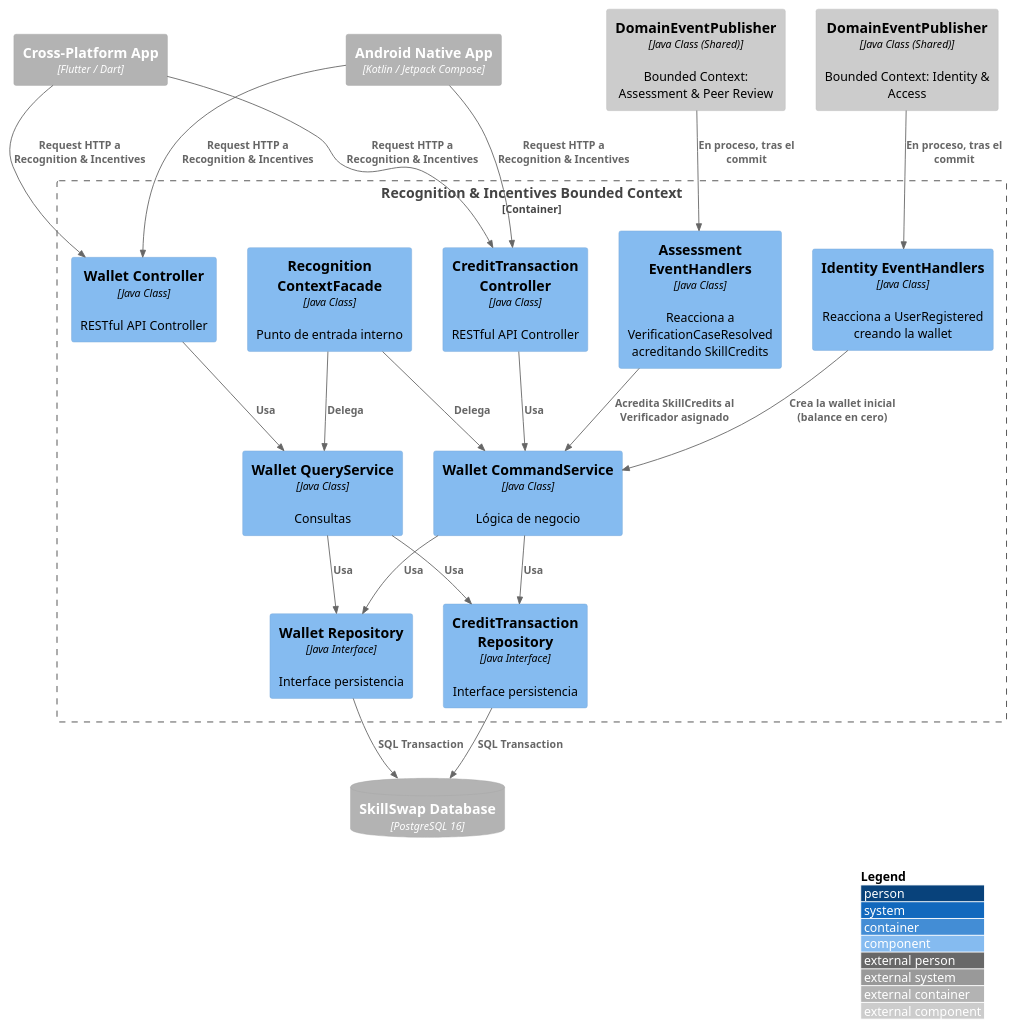
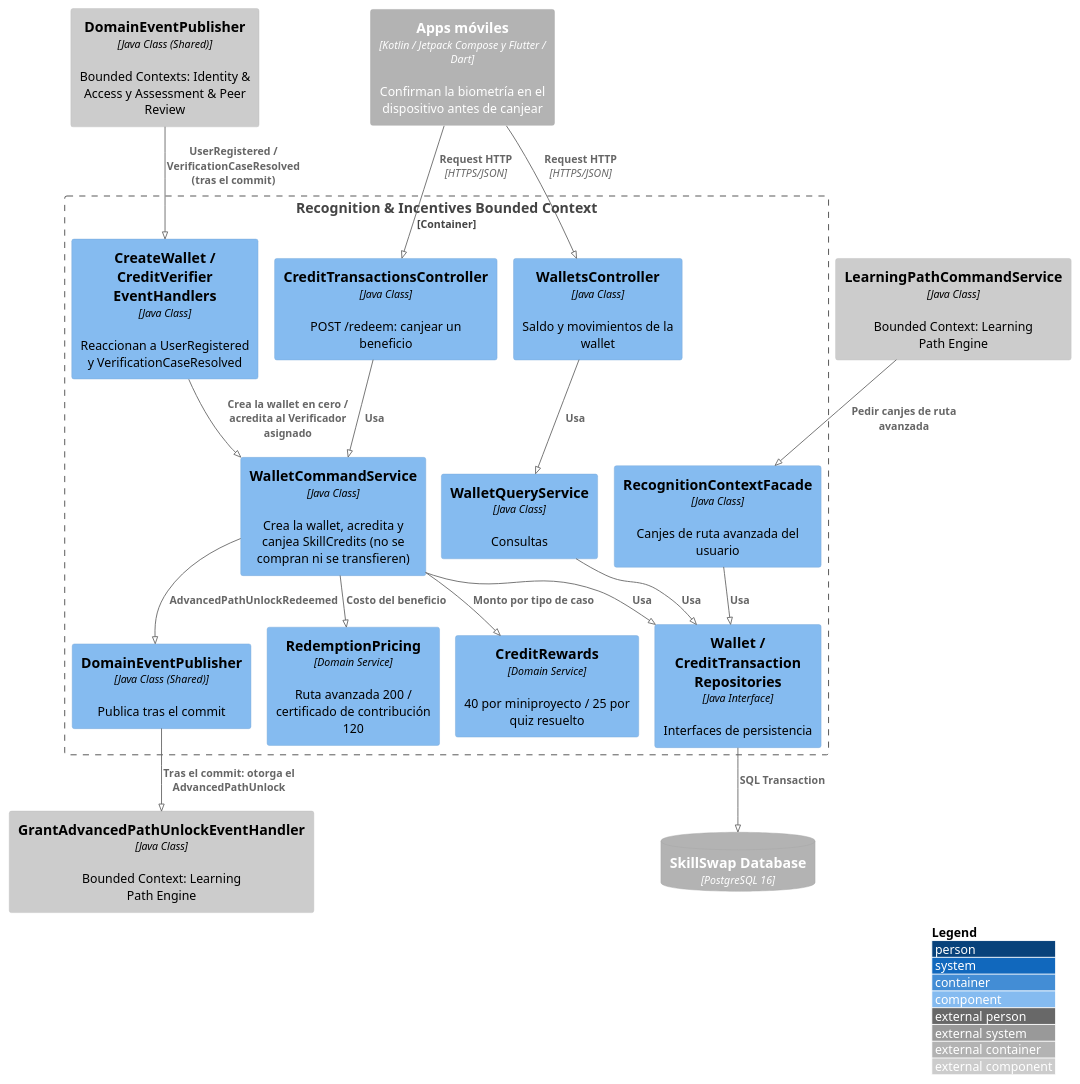
The diagram in DB&C4/Component Diagram — Payments & Wallet.puml (Aplicaciones-Dispositivos-Moviles/SkillSwap-ProjectReport), drawn with PlantUML before and after one commit. The commit also changed 25 other files, not shown here.

First line of the commit message:
docs(images): regenerate C4, context map and component diagrams

```diff
--- a/DB&C4/Component Diagram — Payments & Wallet.puml
+++ b/DB&C4/Component Diagram — Payments & Wallet.puml
@@ -1,49 +1,46 @@
 @startuml RecognitionIncentivesComponent
+!pragma layout smetana
 !include https://raw.githubusercontent.com/plantuml-stdlib/C4-PlantUML/master/C4_Component.puml
 
 LAYOUT_WITH_LEGEND()
 
-Container_Ext(androidApp, "Android Native App", "Kotlin / Jetpack Compose")
-Container_Ext(flutterApp, "Cross-Platform App", "Flutter / Dart")
+Container_Ext(mobileApps, "Apps móviles", "Kotlin / Jetpack Compose y Flutter / Dart", "Confirman la biometría en el dispositivo antes de canjear")
 ContainerDb_Ext(mainDB, "SkillSwap Database", "PostgreSQL 16")
 
 Container_Boundary(recognitionBC, "Recognition & Incentives Bounded Context") {
-    Component(walletController, "Wallet Controller", "Java Class", "RESTful API Controller")
-    Component(creditTransactionController, "CreditTransaction Controller", "Java Class", "RESTful API Controller")
-    Component(walletCommandService, "Wallet CommandService", "Java Class", "Lógica de negocio")
-    Component(walletQueryService, "Wallet QueryService", "Java Class", "Consultas")
-    Component(identityEventHandlers, "Identity EventHandlers", "Java Class", "Reacciona a UserRegistered creando la wallet")
-    Component(assessmentEventHandlers, "Assessment EventHandlers", "Java Class", "Reacciona a VerificationCaseResolved acreditando SkillCredits")
-    Component(walletRepository, "Wallet Repository", "Java Interface", "Interface persistencia")
-    Component(creditTransactionRepository, "CreditTransaction Repository", "Java Interface", "Interface persistencia")
-    Component(recognitionContextFacade, "Recognition ContextFacade", "Java Class", "Punto de entrada interno")
+    Component(walletsController, "WalletsController", "Java Class", "Saldo y movimientos de la wallet")
+    Component(creditTransactionsController, "CreditTransactionsController", "Java Class", "POST /redeem: canjear un beneficio")
+    Component(walletCommandService, "WalletCommandService", "Java Class", "Crea la wallet, acredita y canjea SkillCredits (no se compran ni se transfieren)")
+    Component(walletQueryService, "WalletQueryService", "Java Class", "Consultas")
+    Component(creditRewards, "CreditRewards", "Domain Service", "40 por miniproyecto / 25 por quiz resuelto")
+    Component(redemptionPricing, "RedemptionPricing", "Domain Service", "Ruta avanzada 200 / certificado de contribución 120")
+    Component(eventHandlers, "CreateWallet / CreditVerifier EventHandlers", "Java Class", "Reaccionan a UserRegistered y VerificationCaseResolved")
+    Component(repositories, "Wallet / CreditTransaction Repositories", "Java Interface", "Interfaces de persistencia")
+    Component(eventPublisher, "DomainEventPublisher", "Java Class (Shared)", "Publica tras el commit")
+    Component(recognitionFacade, "RecognitionContextFacade", "Java Class", "Canjes de ruta avanzada del usuario")
 }
 
-Component_Ext(identityDomainEventPublisher, "DomainEventPublisher", "Java Class (Shared)", "Bounded Context: Identity & Access")
-Component_Ext(assessmentDomainEventPublisher, "DomainEventPublisher", "Java Class (Shared)", "Bounded Context: Assessment & Peer Review")
+Component_Ext(otherPublishers, "DomainEventPublisher", "Java Class (Shared)", "Bounded Contexts: Identity & Access y Assessment & Peer Review")
+Component_Ext(grantUnlockHandler, "GrantAdvancedPathUnlockEventHandler", "Java Class", "Bounded Context: Learning Path Engine")
+Component_Ext(learningPathCommandService, "LearningPathCommandService", "Java Class", "Bounded Context: Learning Path Engine")
 
-Rel(androidApp, walletController, "Request HTTP a Recognition & Incentives")
-Rel(flutterApp, walletController, "Request HTTP a Recognition & Incentives")
-Rel(androidApp, creditTransactionController, "Request HTTP a Recognition & Incentives")
-Rel(flutterApp, creditTransactionController, "Request HTTP a Recognition & Incentives")
+Rel(mobileApps, walletsController, "Request HTTP", "HTTPS/JSON")
+Rel(mobileApps, creditTransactionsController, "Request HTTP", "HTTPS/JSON")
+Rel(walletsController, walletQueryService, "Usa")
+Rel(creditTransactionsController, walletCommandService, "Usa")
 
-Rel(walletController, walletQueryService, "Usa")
-Rel(creditTransactionController, walletCommandService, "Usa")
+Rel(otherPublishers, eventHandlers, "UserRegistered / VerificationCaseResolved (tras el commit)")
+Rel(eventHandlers, walletCommandService, "Crea la wallet en cero / acredita al Verificador asignado")
+Rel(walletCommandService, creditRewards, "Monto por tipo de caso")
+Rel(walletCommandService, redemptionPricing, "Costo del beneficio")
+Rel(walletCommandService, repositories, "Usa")
+Rel(walletQueryService, repositories, "Usa")
+Rel(repositories, mainDB, "SQL Transaction")
 
-Rel(walletCommandService, walletRepository, "Usa")
-Rel(walletCommandService, creditTransactionRepository, "Usa")
-Rel(walletQueryService, walletRepository, "Usa")
-Rel(walletQueryService, creditTransactionRepository, "Usa")
-Rel(walletRepository, mainDB, "SQL Transaction")
-Rel(creditTransactionRepository, mainDB, "SQL Transaction")
+Rel(walletCommandService, eventPublisher, "AdvancedPathUnlockRedeemed")
+Rel(eventPublisher, grantUnlockHandler, "Tras el commit: otorga el AdvancedPathUnlock")
 
-Rel(identityDomainEventPublisher, identityEventHandlers, "En proceso, tras el commit")
-Rel(identityEventHandlers, walletCommandService, "Crea la wallet inicial (balance en cero)")
-
-Rel(assessmentDomainEventPublisher, assessmentEventHandlers, "En proceso, tras el commit")
-Rel(assessmentEventHandlers, walletCommandService, "Acredita SkillCredits al Verificador asignado")
-
-Rel(recognitionContextFacade, walletCommandService, "Delega")
-Rel(recognitionContextFacade, walletQueryService, "Delega")
+Rel(recognitionFacade, repositories, "Usa")
+Rel(learningPathCommandService, recognitionFacade, "Pedir canjes de ruta avanzada")
 
 @enduml
```
